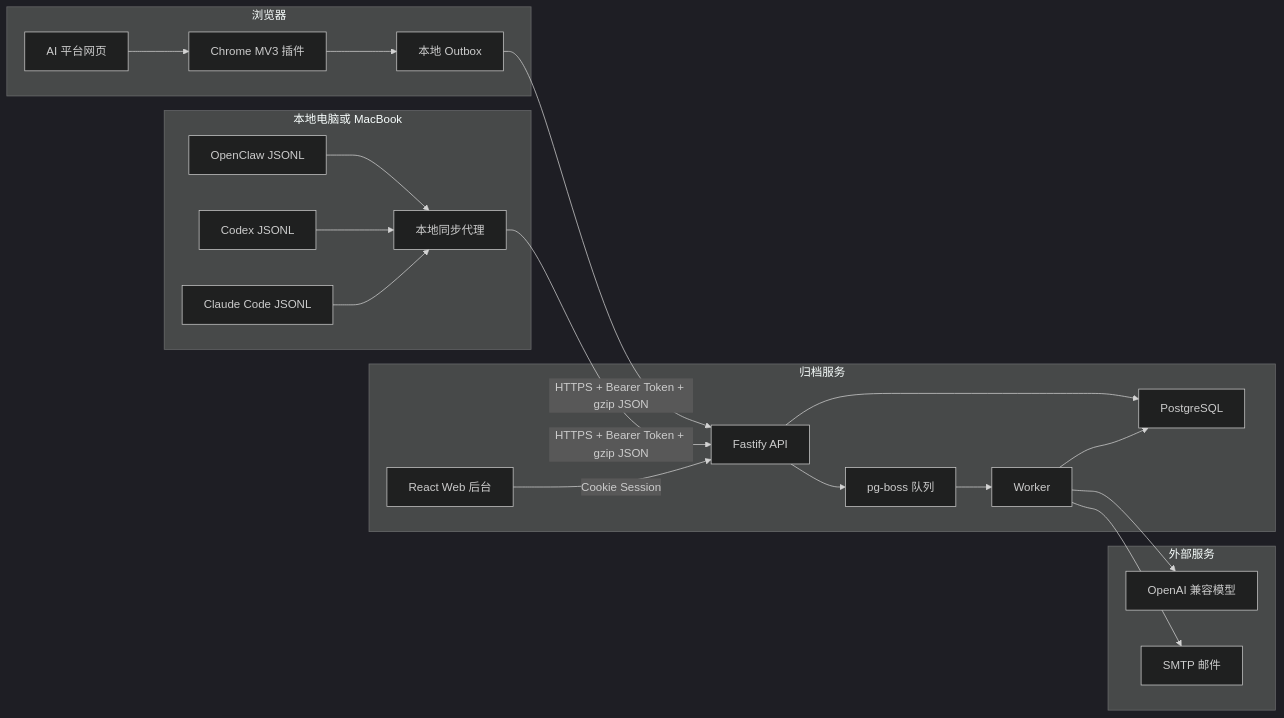
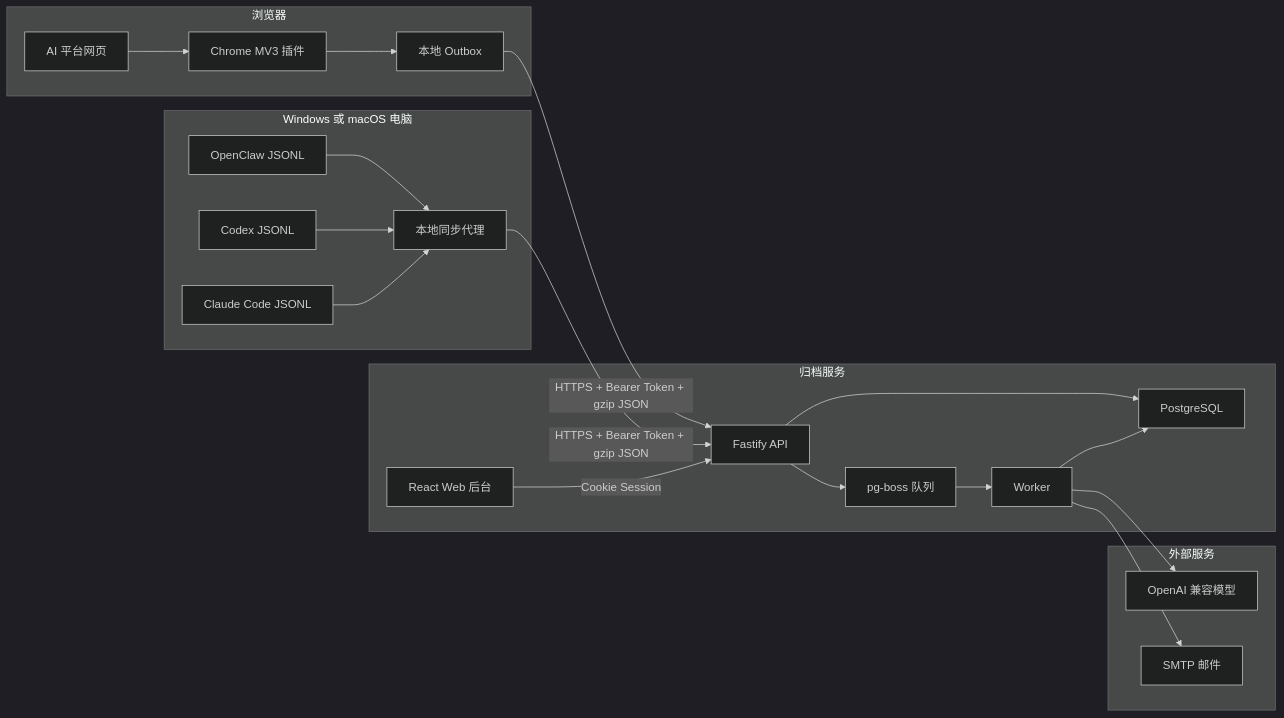
Before and after one commit to quesiter/ai-archive: the first of 5 diagrams in docs/SYSTEM-DESIGN.md, drawn with Mermaid (dark theme). The commit also changed other lines of this file and 47 other files, not shown here.

````diff
--- a/docs/SYSTEM-DESIGN.md
+++ b/docs/SYSTEM-DESIGN.md
@@ -18,43 +18,43 @@
 ```mermaid
 flowchart LR
   subgraph Browser["浏览器"]
     Pages["AI 平台网页"]
     Ext["Chrome MV3 插件"]
     Outbox["本地 Outbox"]
     Pages --> Ext
     Ext --> Outbox
   end
 
-  subgraph Local["本地电脑或 MacBook"]
+  subgraph Local["Windows 或 macOS 电脑"]
     OpenClaw["OpenClaw JSONL"]
     Codex["Codex JSONL"]
     Claude["Claude Code JSONL"]
     Sync["本地同步代理"]
     OpenClaw --> Sync
     Codex --> Sync
     Claude --> Sync
   end
 
   subgraph Server["归档服务"]
     Api["Fastify API"]
     Worker["Worker"]
     Queue["pg-boss 队列"]
     DB["PostgreSQL"]
     Web["React Web 后台"]
   end
 
   subgraph External["外部服务"]
     LLM["OpenAI 兼容模型"]
     SMTP["SMTP 邮件"]
   end
 
   Outbox -->|"HTTPS + Bearer Token + gzip JSON"| Api
   Sync -->|"HTTPS + Bearer Token + gzip JSON"| Api
   Web -->|"Cookie Session"| Api
   Api --> DB
   Api --> Queue
   Queue --> Worker
   Worker --> DB
   Worker --> LLM
   Worker --> SMTP
 ```
````
